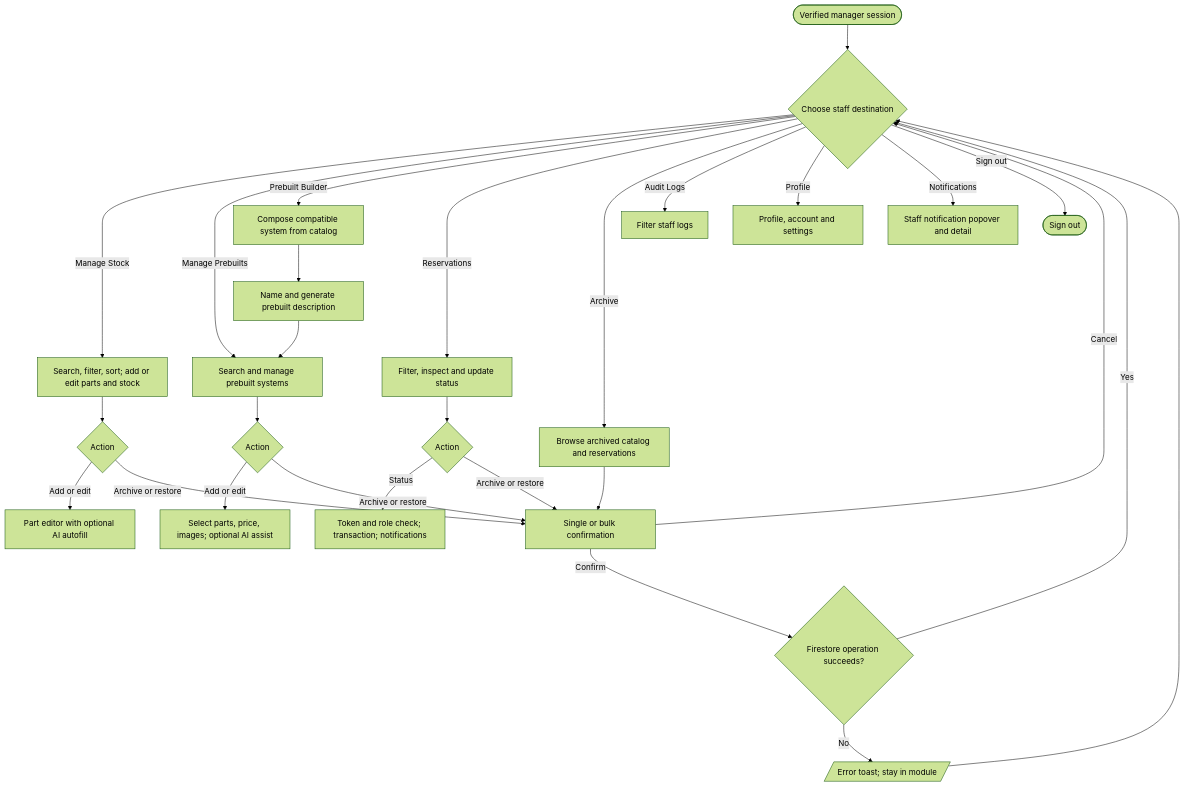
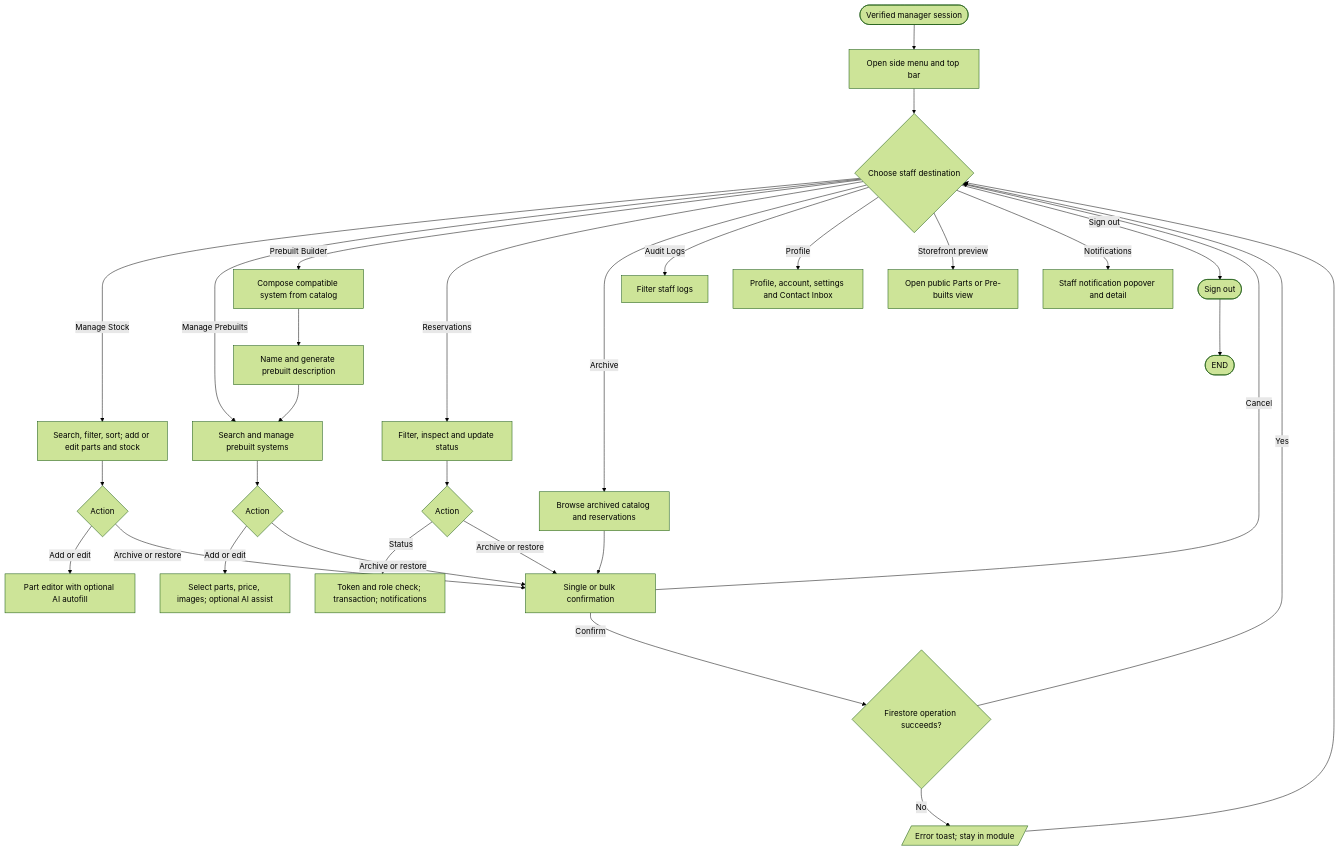
Before and after one commit to VirgenRayzon/BuilbotAI: the diagram in docs/flowcharts/manager-flowchart.md, drawn with Mermaid (forest theme). The commit also changed other lines of this file and 109 other files, not shown here.

Commit message:
feat(builder): add live recommendations, budget slider, and updated system flowcharts

````diff
--- a/docs/flowcharts/manager-flowchart.md
+++ b/docs/flowcharts/manager-flowchart.md
@@ -5,28 +9,31 @@
 ```mermaid
 flowchart TD
-  Start([Verified manager session]) --> Menu{Choose staff destination}
+  Start([Verified manager session]) --> Shell[Open side menu and top bar]
+  Shell --> Menu{Choose staff destination}
   Menu -- Manage Stock --> Stock[Search, filter, sort; add or edit parts and stock]
   Stock --> StockAction{Action}
   StockAction -- Add or edit --> PartForm[Part editor with optional AI autofill]
   StockAction -- Archive or restore --> Confirm[Single or bulk confirmation]
   Menu -- Manage Prebuilts --> Prebuilt[Search and manage prebuilt systems]
   Prebuilt --> PrebuiltAction{Action}
   PrebuiltAction -- Add or edit --> PrebuiltForm[Select parts, price, images; optional AI assist]
   PrebuiltAction -- Archive or restore --> Confirm
   Menu -- Prebuilt Builder --> StaffBuilder[Compose compatible system from catalog]
   StaffBuilder --> Name[Name and generate prebuilt description] --> Prebuilt
   Menu -- Reservations --> Orders[Filter, inspect and update status]
   Orders --> OrderAction{Action}
   OrderAction -- Status --> Status[Token and role check; transaction; notifications]
   OrderAction -- Archive or restore --> Confirm
   Menu -- Archive --> Archive[Browse archived catalog and reservations]
   Archive --> Confirm
   Menu -- Audit Logs --> Audit[Filter staff logs]
-  Menu -- Profile --> Profile[Profile, account and settings]
+  Menu -- Profile --> Profile[Profile, account, settings and Contact Inbox]
+  Menu -- Storefront preview --> Preview[Open public Parts or Pre-builts view]
   Menu -- Notifications --> Notice[Staff notification popover and detail]
   Menu -- Sign out --> Exit([Sign out])
   Confirm -- Cancel --> Menu
   Confirm -- Confirm --> Write{Firestore operation succeeds?}
   Write -- Yes --> Menu
   Write -- No --> Error[/Error toast; stay in module/] --> Menu
+  Exit --> Finish([END])
 ```
````
